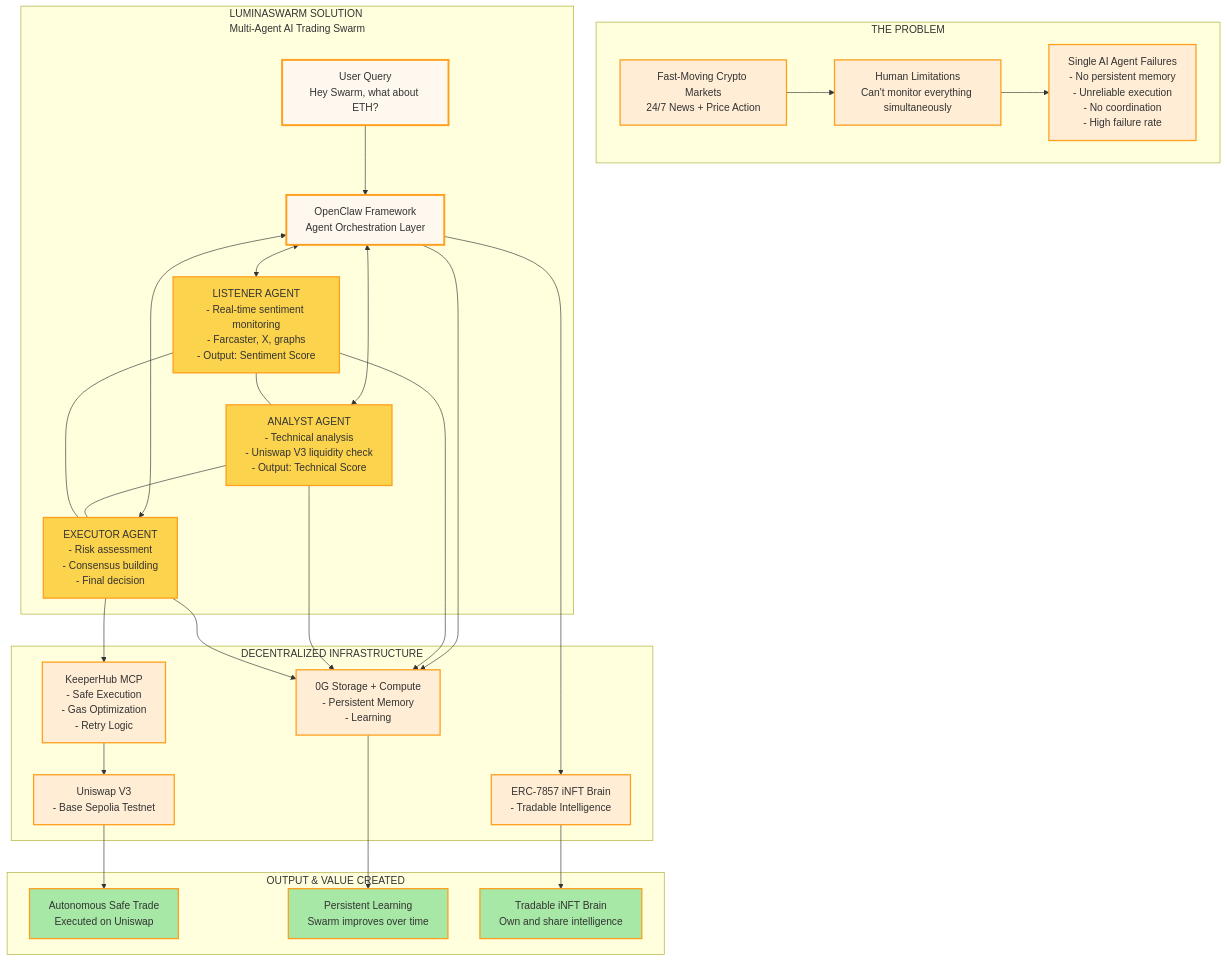
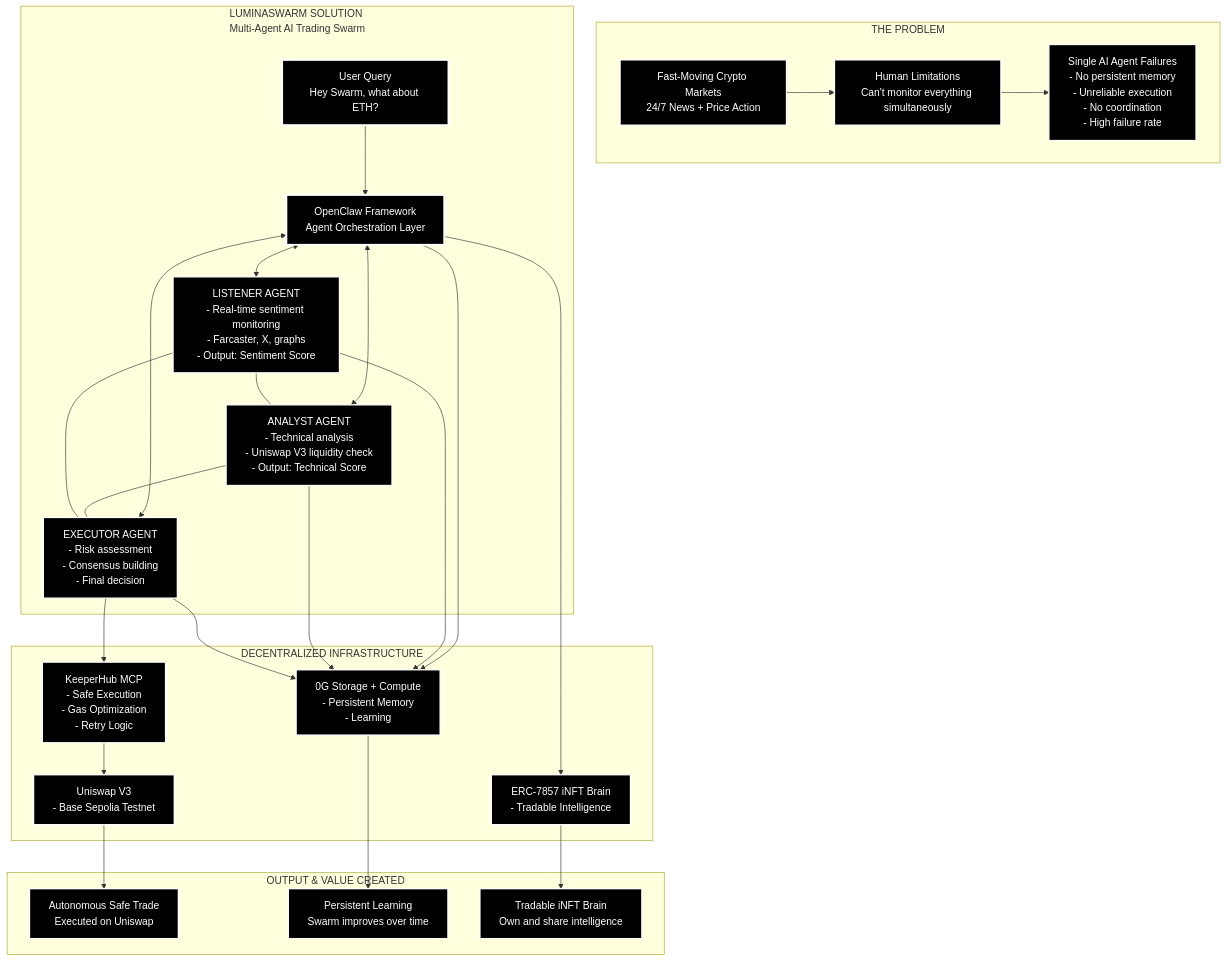
The diagram in README.md (0xbhoomi/Lumina-swarm), drawn with Mermaid before and after one commit. The commit also changed other lines of this file, not shown here.

````diff
--- a/README.md
+++ b/README.md
@@ -39,76 +39,76 @@
 ```mermaid
 flowchart TD
     %% ==================== PROBLEM ====================
     subgraph Problem["THE PROBLEM"]
         A["Fast-Moving Crypto Markets<br/>24/7 News + Price Action"]
         B["Human Limitations<br/>Can't monitor everything simultaneously"]
         C["Single AI Agent Failures<br/>- No persistent memory<br/>- Unreliable execution<br/>- No coordination<br/>- High failure rate"]
         A --> B
         B --> C
     end
 
     %% ==================== LUMINASWARM SOLUTION ====================
     subgraph LuminaSwarm["LUMINASWARM SOLUTION<br/>Multi-Agent AI Trading Swarm"]
         User["User Query<br/>Hey Swarm, what about ETH?"]
 
         OpenClaw["OpenClaw Framework<br/>Agent Orchestration Layer"]
 
         Listener["LISTENER AGENT<br/>- Real-time sentiment monitoring<br/>- Farcaster, X, graphs<br/>- Output: Sentiment Score"]
 
         Analyst["ANALYST AGENT<br/>- Technical analysis<br/>- Uniswap V3 liquidity check<br/>- Output: Technical Score"]
 
         Executor["EXECUTOR AGENT<br/>- Risk assessment<br/>- Consensus building<br/>- Final decision"]
 
         User --> OpenClaw
         OpenClaw <--> Listener
         OpenClaw <--> Analyst
         OpenClaw <--> Executor
     end
 
     %% ==================== AGENT COMMUNICATION ====================
     Listener --- Analyst
     Analyst --- Executor
     Executor --- Listener
 
     %% ==================== INFRASTRUCTURE ====================
     subgraph Infrastructure["DECENTRALIZED INFRASTRUCTURE"]
         OG["0G Storage + Compute<br/>- Persistent Memory<br/>- Learning"]
         Keeper["KeeperHub MCP<br/>- Safe Execution<br/>- Gas Optimization<br/>- Retry Logic"]
         Uni["Uniswap V3<br/>- Base Sepolia Testnet"]
         iNFT["ERC-7857 iNFT Brain<br/>- Tradable Intelligence"]
     end
 
     OpenClaw --> OG
     Listener --> OG
     Analyst --> OG
     Executor --> OG
 
     Executor --> Keeper
     Keeper --> Uni
 
     OpenClaw --> iNFT
 
     %% ==================== OUTPUT ====================
     subgraph Output["OUTPUT & VALUE CREATED"]
         Trade["Autonomous Safe Trade<br/>Executed on Uniswap"]
         Learn["Persistent Learning<br/>Swarm improves over time"]
         Own["Tradable iNFT Brain<br/>Own and share intelligence"]
     end
 
     Uni --> Trade
     OG --> Learn
     iNFT --> Own
 
-    %% ==================== STYLING ====================
-    classDef problem fill:#FFEDD5,stroke:#FF9F1C,stroke-width:2px
-    classDef solution fill:#FFF8EE,stroke:#FF9F1C,stroke-width:3px
-    classDef agent fill:#FCD34D,stroke:#FF9F1C,stroke-width:2px
-    classDef infra fill:#FFEDD5,stroke:#FF9F1C,stroke-width:2px
-    classDef output fill:#A7E8A7,stroke:#FF9F1C,stroke-width:2px
+    %% ==================== BLACK THEME STYLING ====================
+    classDef problem fill:#000000,stroke:#ffffff,stroke-width:2px,color:#ffffff
+    classDef solution fill:#000000,stroke:#ffffff,stroke-width:3px,color:#ffffff
+    classDef agent fill:#000000,stroke:#ffffff,stroke-width:2px,color:#ffffff
+    classDef infra fill:#000000,stroke:#ffffff,stroke-width:2px,color:#ffffff
+    classDef output fill:#000000,stroke:#ffffff,stroke-width:2px,color:#ffffff
 
     class A,B,C problem
     class User,OpenClaw solution
     class Listener,Analyst,Executor agent
     class OG,Keeper,Uni,iNFT infra
     class Trade,Learn,Own output
 ```
````
